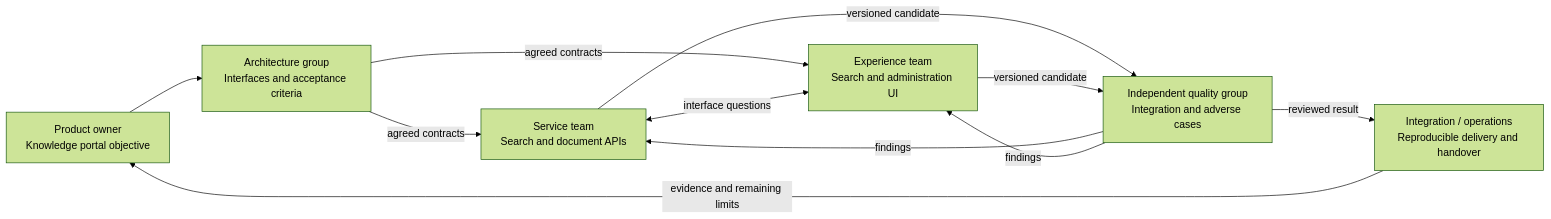
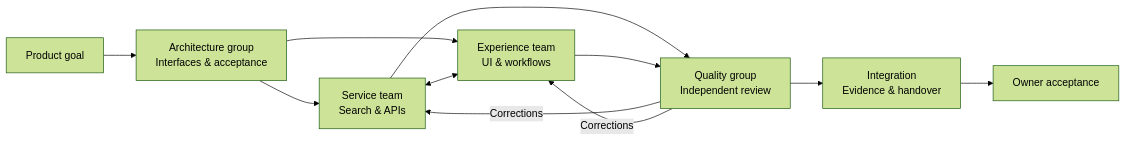
Before and after one commit to pickleshell/nla-team: the second of 2 diagrams in README.md, drawn with Mermaid (forest theme). The commit also changed other lines of this file, not shown here.

Commit message:
docs: condense architecture preview and clarify private testing

````diff
--- a/README.md
+++ b/README.md
@@ -95,20 +52,13 @@
 ```mermaid
 flowchart LR
-    Owner["Product owner<br/>Knowledge portal objective"]
-    Design["Architecture group<br/>Interfaces and acceptance criteria"]
-    Backend["Service team<br/>Search and document APIs"]
-    Frontend["Experience team<br/>Search and administration UI"]
-    Quality["Independent quality group<br/>Integration and adverse cases"]
-    Delivery["Integration / operations<br/>Reproducible delivery and handover"]
-
-    Owner --> Design
-    Design -->|agreed contracts| Backend
-    Design -->|agreed contracts| Frontend
-    Backend <-->|interface questions| Frontend
-    Backend -->|versioned candidate| Quality
-    Frontend -->|versioned candidate| Quality
-    Quality -->|findings| Backend
-    Quality -->|findings| Frontend
-    Quality -->|reviewed result| Delivery
-    Delivery -->|evidence and remaining limits| Owner
+    Goal["Product goal"] --> Architecture["Architecture group<br/>Interfaces & acceptance"]
+    Architecture --> Backend["Service team<br/>Search & APIs"]
+    Architecture --> Frontend["Experience team<br/>UI & workflows"]
+    Backend <--> Frontend
+    Backend --> QA["Quality group<br/>Independent review"]
+    Frontend --> QA
+    QA -->|Corrections| Backend
+    QA -->|Corrections| Frontend
+    QA --> Delivery["Integration<br/>Evidence & handover"]
+    Delivery --> Owner["Owner acceptance"]
 ```
````
